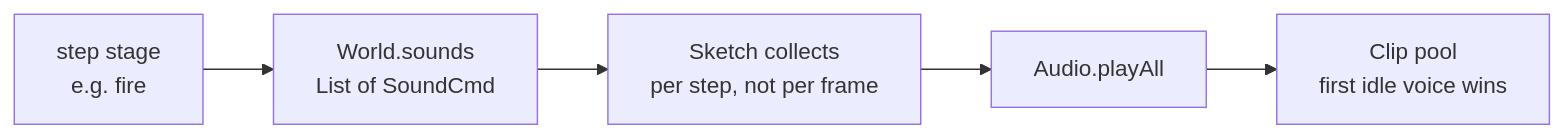
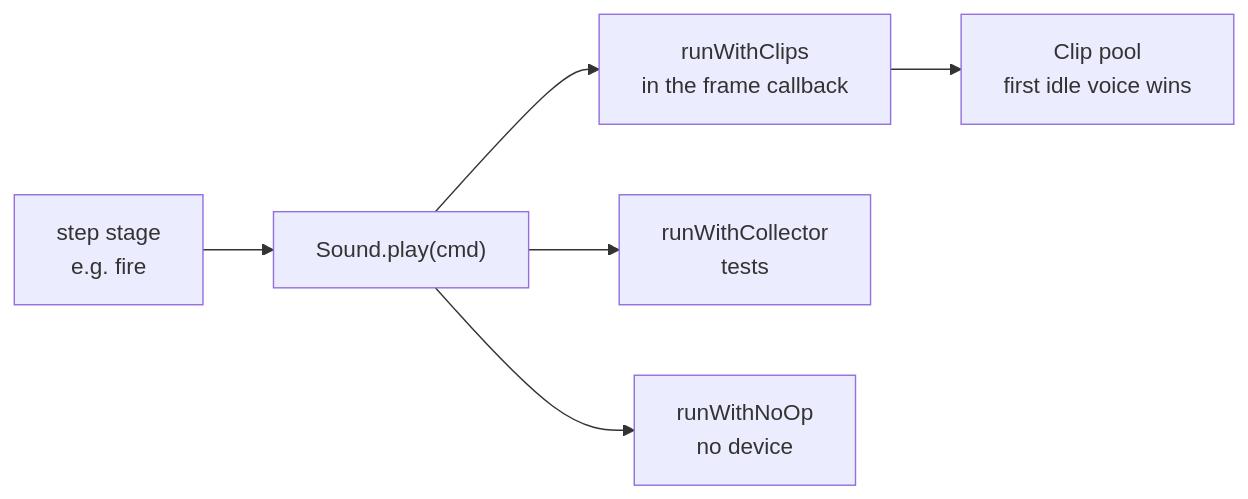
Before and after one commit to wstein/flix-invaders: the fourth of 5 diagrams in docs/ARCHITECTURE.md, drawn with Mermaid. The commit also changed other lines of this file and 14 other files, not shown here.

````diff
--- a/docs/ARCHITECTURE.md
+++ b/docs/ARCHITECTURE.md
@@ -207,7 +208,8 @@
 ```mermaid
 flowchart LR
-    ST["step stage<br>e.g. fire"] --> SC["World.sounds<br>List of SoundCmd"]
-    SC --> RT["Sketch collects<br>per step, not per frame"]
-    RT --> AU["Audio.playAll"]
-    AU --> CL["Clip pool<br>first idle voice wins"]
+    ST["step stage<br>e.g. fire"] --> SP["Sound.play(cmd)"]
+    SP --> H1["runWithClips<br>in the frame callback"]
+    SP --> H2["runWithCollector<br>tests"]
+    SP --> H3["runWithNoOp<br>no device"]
+    H1 --> CL["Clip pool<br>first idle voice wins"]
 ```
````
